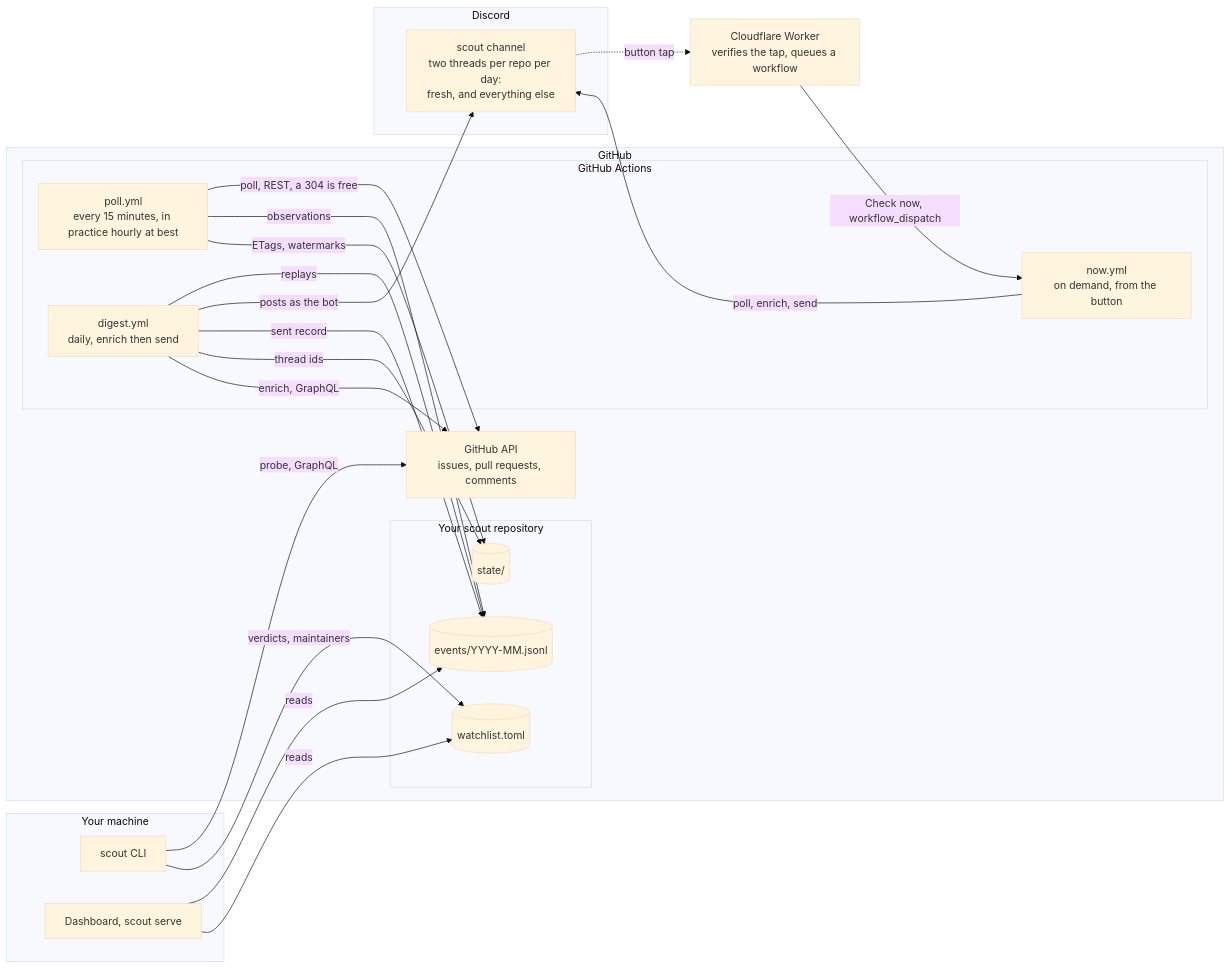
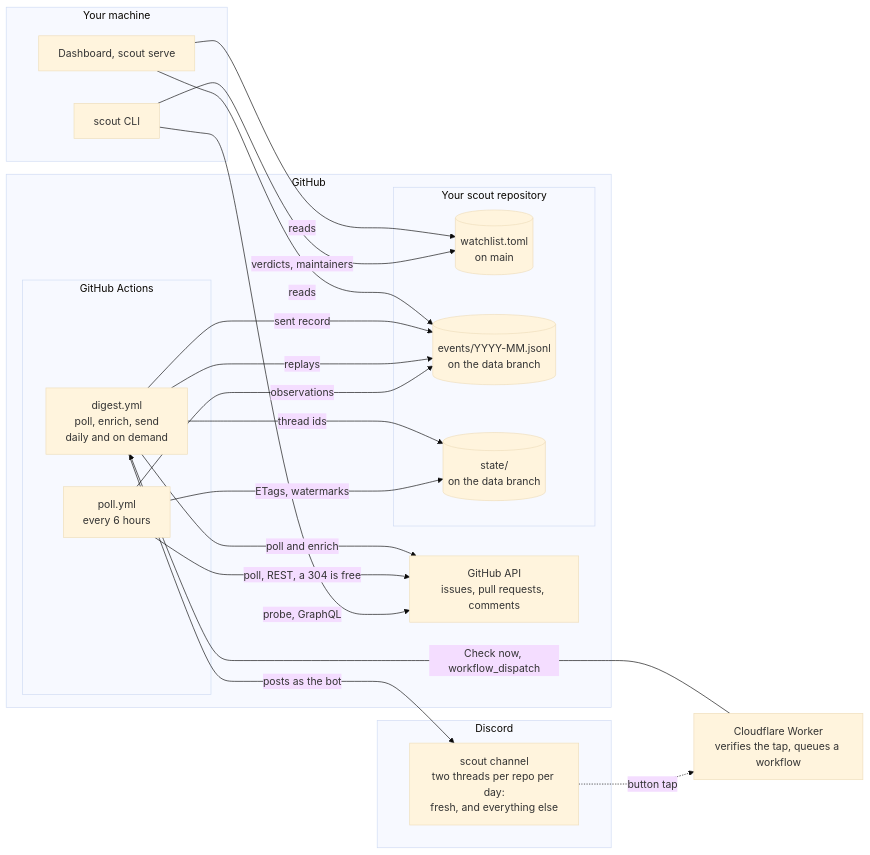
Before and after one commit to t-maypat/scout: the first of 4 diagrams in docs/ARCHITECTURE.md, drawn with Mermaid (base theme). The commit also changed other lines of this file and 16 other files, not shown here.

First line of the commit message:
Move the log off main, fold the poll into the digest, fix the taken check

````diff
--- a/docs/ARCHITECTURE.md
+++ b/docs/ARCHITECTURE.md
@@ -11,43 +11,41 @@
 ```mermaid
 flowchart LR
     subgraph local["Your machine"]
         cli["scout CLI"]
         dash["Dashboard, scout serve"]
     end
 
     subgraph gh["GitHub"]
         api["GitHub API<br/>issues, pull requests, comments"]
         subgraph repo["Your scout repository"]
-            wl[("watchlist.toml")]
-            log[("events/YYYY-MM.jsonl")]
-            st[("state/")]
+            wl[("watchlist.toml<br/>on main")]
+            log[("events/YYYY-MM.jsonl<br/>on the data branch")]
+            st[("state/<br/>on the data branch")]
         end
         subgraph actions["GitHub Actions"]
-            pollwf["poll.yml<br/>every 15 minutes, in practice hourly at best"]
-            digestwf["digest.yml<br/>daily, enrich then send"]
-            nowwf["now.yml<br/>on demand, from the button"]
+            pollwf["poll.yml<br/>every 6 hours"]
+            digestwf["digest.yml<br/>poll, enrich, send<br/>daily and on demand"]
         end
     end
 
     subgraph dc["Discord"]
         chan["scout channel<br/>two threads per repo per day:<br/>fresh, and everything else"]
     end
 
     worker["Cloudflare Worker<br/>verifies the tap, queues a workflow"]
 
     cli -- "probe, GraphQL" --> api
     cli -- "verdicts, maintainers" --> wl
     pollwf -- "poll, REST, a 304 is free" --> api
     pollwf -- "observations" --> log
     pollwf -- "ETags, watermarks" --> st
     digestwf -- "replays" --> log
     digestwf -- "posts as the bot" --> chan
     digestwf -- "sent record" --> log
     digestwf -- "thread ids" --> st
     dash -- "reads" --> log
     dash -- "reads" --> wl
     chan -. "button tap" .-> worker
-    worker -- "Check now, workflow_dispatch" --> nowwf
-    nowwf -- "poll, enrich, send" --> chan
-    digestwf -- "enrich, GraphQL" --> api
+    worker -- "Check now, workflow_dispatch" --> digestwf
+    digestwf -- "poll and enrich" --> api
 ```
````
